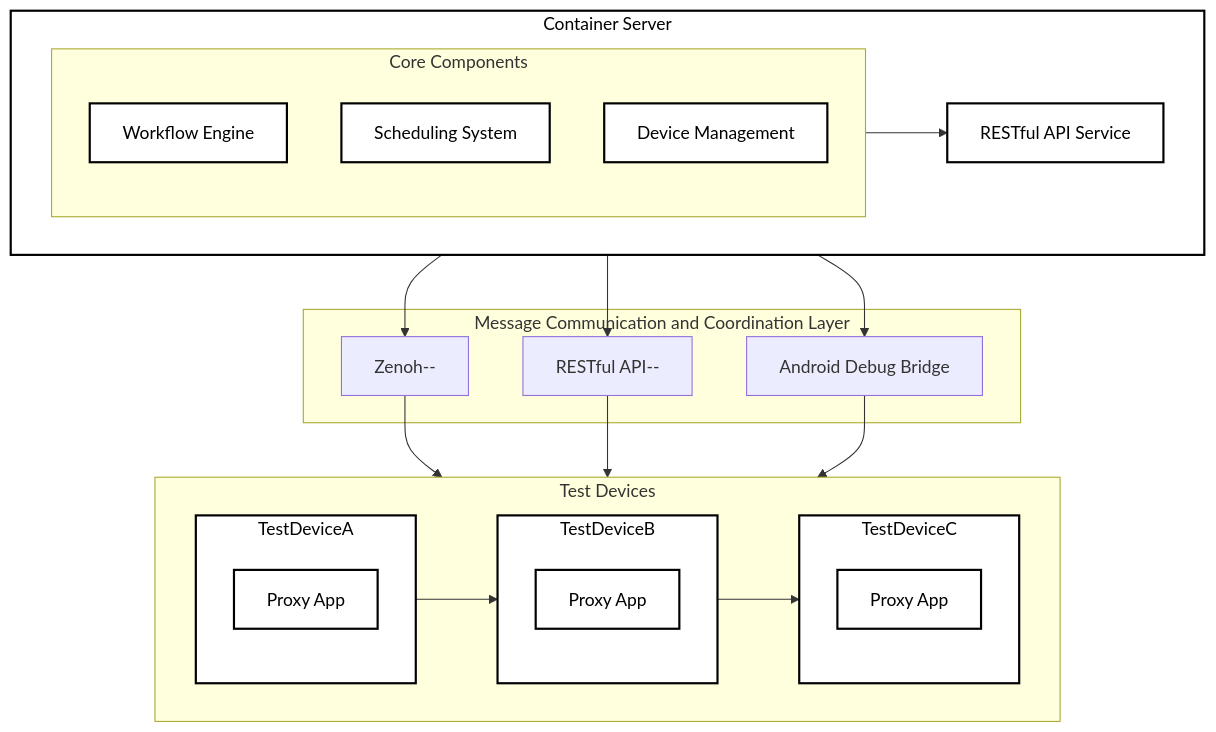
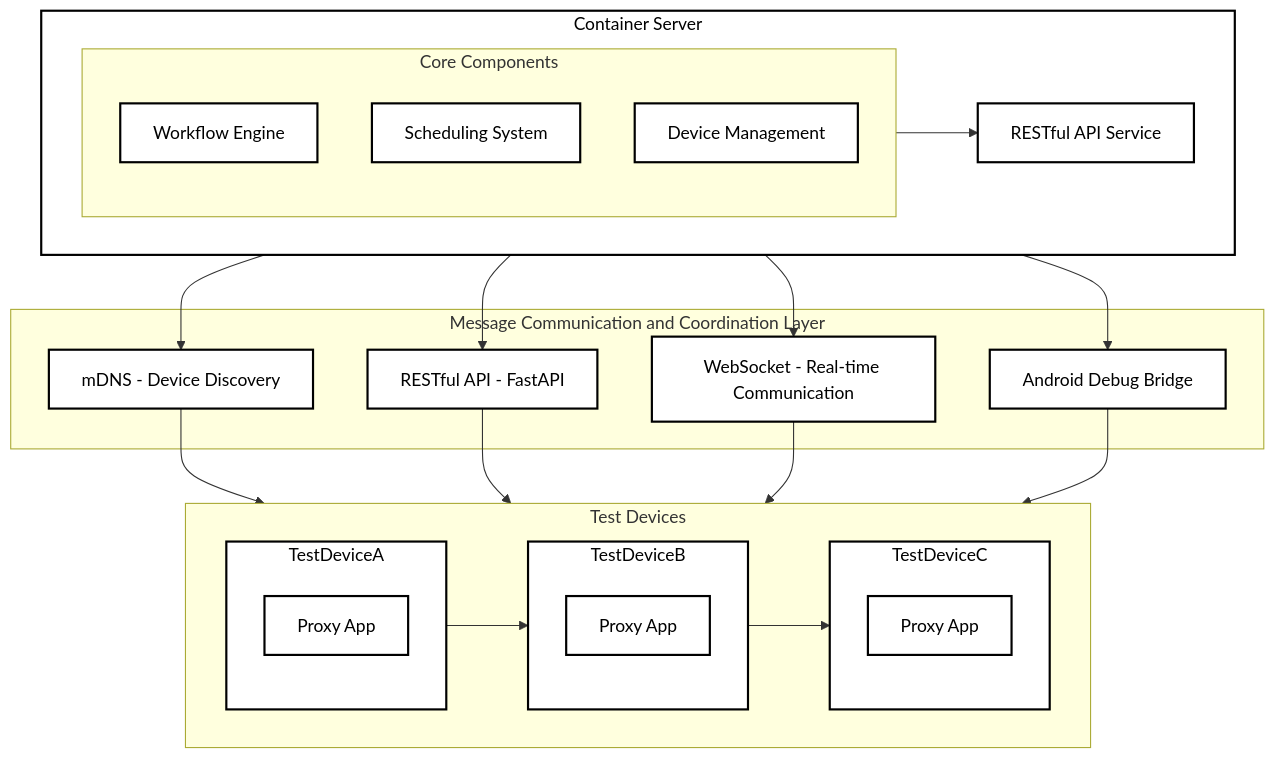
One commit to terminail/autodroid changed the diagram in architecture.md. Above: the diagram before and after it, drawn with Mermaid. The commit also changed other lines of this file and 65 other files, not shown here.

Commit message:
Refactor app to use Single MainActivity with Multiple Fragments architecture, implement mDNS service discovery, create OrderDetailActivity, and update all fragments to use RecyclerView

````diff
--- a/architecture.md
+++ b/architecture.md
@@ -5,56 +5,59 @@
 ```mermaid
 flowchart TD
     subgraph ContainerServer[Container Server]
         subgraph CoreComponents[Core Components]
             WorkflowEngine[Workflow Engine]
             SchedulingSystem[Scheduling System]
             DeviceManagement[Device Management]
         end
         
         RESTfulAPI[RESTful API Service]
         
         CoreComponents --> RESTfulAPI
     end
     
     subgraph CommunicationLayer[Message Communication and Coordination Layer]
-        Zenoh[Zenoh--]
-        HTTP[RESTful API--]
+        mDNS[mDNS - Device Discovery]
+        HTTP[RESTful API - FastAPI]
+        WebSocket[WebSocket - Real-time Communication]
         ADB[Android Debug Bridge]
     end
     
     subgraph TestDevices[Test Devices]
         direction LR
         TestDeviceA[Test Device A] --> TestDeviceB[Test Device B] --> TestDeviceC[Test Device C]
         
         subgraph TestDeviceA
             ProxyAppA[Proxy App]
         end
         
         subgraph TestDeviceB
             ProxyAppB[Proxy App]
         end
         
         subgraph TestDeviceC
             ProxyAppC[Proxy App]
         end
     end
     
-    ContainerServer --> Zenoh
+    ContainerServer --> mDNS
     ContainerServer --> HTTP
+    ContainerServer --> WebSocket
     ContainerServer --> ADB
 
-    Zenoh --> TestDevices
+    mDNS --> TestDevices
     HTTP --> TestDevices
+    WebSocket --> TestDevices
     ADB --> TestDevices
     
     %% Styling - Using black text with white background for better clarity
     classDef container stroke:#000,stroke-width:2px,fill:#fff,color:#000;
     classDef component stroke:#000,stroke-width:2px,fill:#fff,color:#000;
     classDef communication stroke:#000,stroke-width:2px,fill:#fff,color:#000;
     classDef device stroke:#000,stroke-width:2px,fill:#fff,color:#000;
     
     class ContainerServer container;
     class WorkflowEngine,SchedulingSystem,DeviceManagement,RESTfulAPI component;
-    class ZenohHTTP communication;
+    class mDNS,HTTP,WebSocket,ADB communication;
     class TestDeviceA,TestDeviceB,TestDeviceC,ProxyAppA,ProxyAppB,ProxyAppC device;
 ```
````
